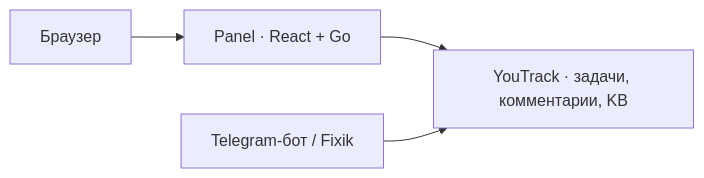
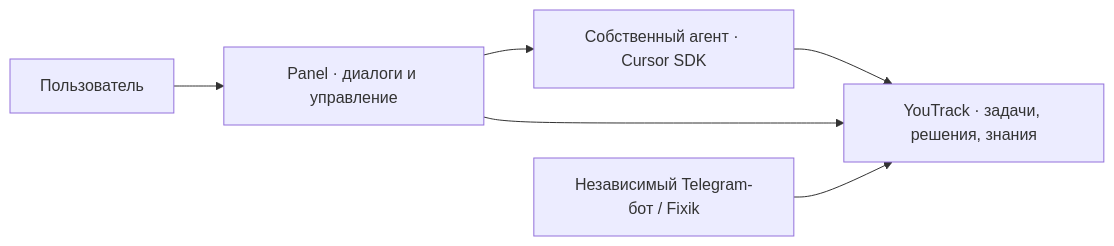
The diagram in README.md (boxvtk621/homelab-telegram-panel), drawn with Mermaid before and after one commit. The commit also changed other lines of this file and 3 other files, not shown here.

````diff
--- a/README.md
+++ b/README.md
@@ -61,6 +84,8 @@
 ```mermaid
 flowchart LR
-    Browser[Браузер] --> Panel[Panel · React + Go]
-    Panel --> YT[YouTrack · задачи, комментарии, KB]
-    Bot[Telegram-бот / Fixik] --> YT
+    User[Пользователь] --> Panel[Panel · диалоги и управление]
+    Panel --> Agent[Собственный агент · Cursor SDK]
+    Agent --> YT[YouTrack · задачи, решения, знания]
+    Panel --> YT
+    Bot[Независимый Telegram-бот / Fixik] --> YT
 ```
````
